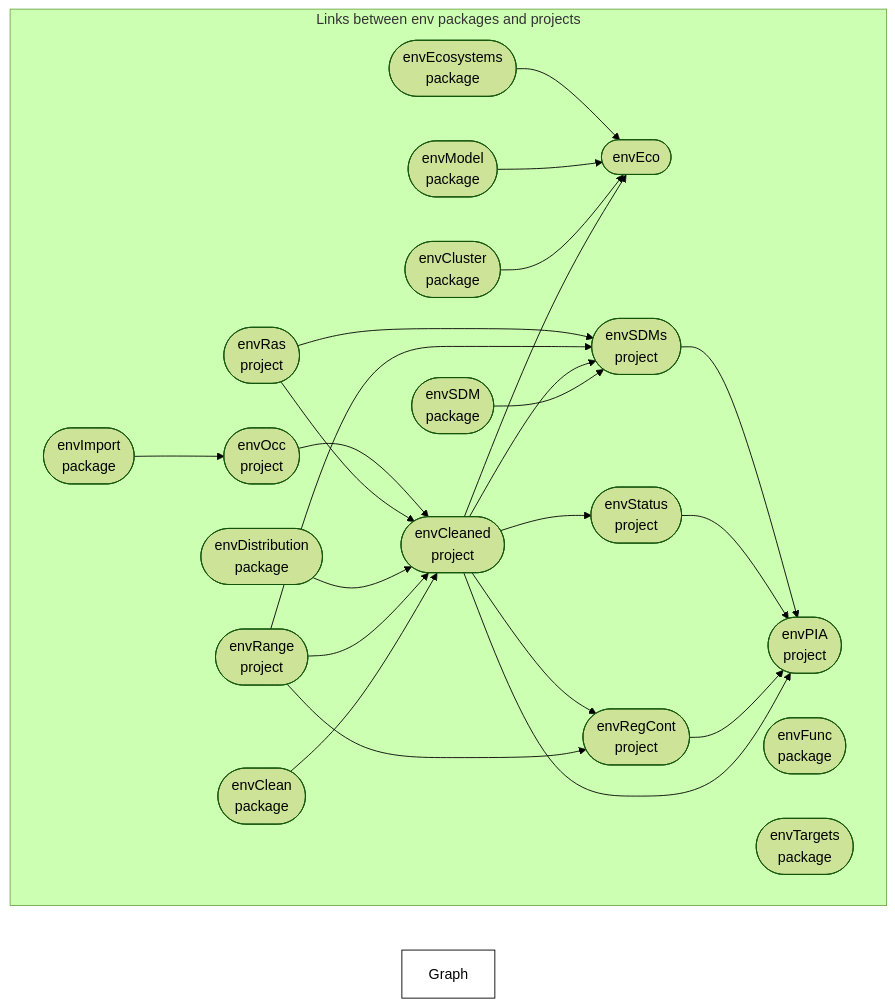
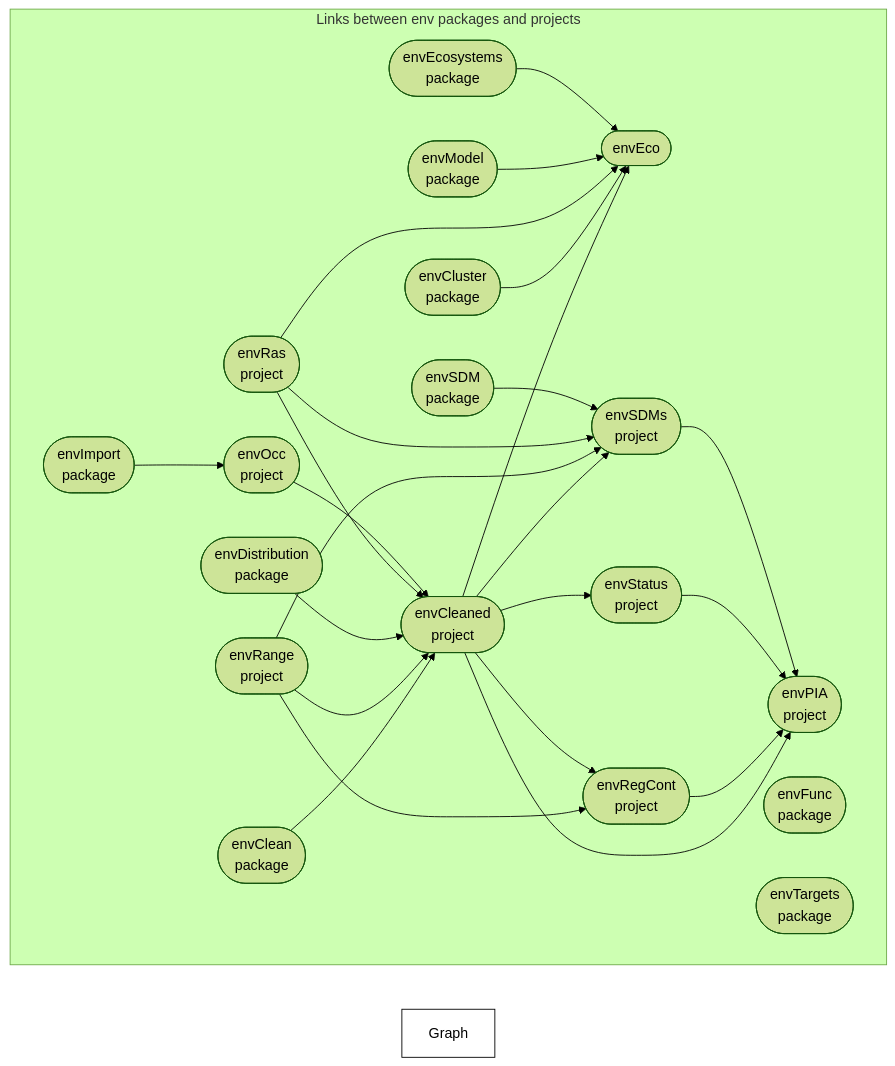
One commit to dew-landscapes/.github changed the diagram in profile/README.md. Above: the diagram before and after it, drawn with Mermaid (forest theme). The commit also changed other lines of this file and 1 other file, not shown here.

Commit message:
edit mermaid

````diff
--- a/profile/README.md
+++ b/profile/README.md
@@ -45,30 +45,31 @@
 ``` mermaid
 graph LR
   style Graph fill:#FFFFFF00,stroke:#000000;
   subgraph Links between env packages and projects
     direction LR
     x199e33ac94c360fd(["envClean<br>package"]):::queued --> x4e1f08a5bd05b882(["envCleaned<br>project"]):::queued
     x4f41d9ef8b70ed0e(["envRange<br>project"]):::queued --> x4e1f08a5bd05b882(["envCleaned<br>project"]):::queued
     xb53407deaf8a50f7(["envDistribution<br>package"]):::queued --> x4e1f08a5bd05b882(["envCleaned<br>project"]):::queued
     x67b5feaf09e4d0ca(["envRas<br>project"]):::queued --> x4e1f08a5bd05b882(["envCleaned<br>project"]):::queued
     x9d3addc2d3c28cb0(["envOcc<br>project"]):::queued --> x4e1f08a5bd05b882(["envCleaned<br>project"]):::queued
     x4e1f08a5bd05b882(["envCleaned<br>project"]):::queued --> xc70bb609a37b98f0(["envEco"]):::queued
     x9eca96d789260dc6(["envCluster<br>package"]):::queued --> xc70bb609a37b98f0(["envEco"]):::queued
+    x67b5feaf09e4d0ca(["envRas<br>project"]):::queued --> xc70bb609a37b98f0(["envEco"]):::queued
     x3c05f6553dd2ee1d(["envModel<br>package"]):::queued --> xc70bb609a37b98f0(["envEco"]):::queued
     x3c533c4f6ac5a427(["envEcosystems<br>package"]):::queued --> xc70bb609a37b98f0(["envEco"]):::queued
     xa419b1871c902a02(["envImport<br>package"]):::queued --> x9d3addc2d3c28cb0(["envOcc<br>project"]):::queued
     x4e1f08a5bd05b882(["envCleaned<br>project"]):::queued --> x2cb0f2dc918c8a98(["envPIA<br>project"]):::queued
     x5499a04bf3778295(["envRegCont<br>project"]):::queued --> x2cb0f2dc918c8a98(["envPIA<br>project"]):::queued
     xf290cd0a0c6ffe34(["envStatus<br>project"]):::queued --> x2cb0f2dc918c8a98(["envPIA<br>project"]):::queued
     xc1054dd4c63b18e0(["envSDMs<br>project"]):::queued --> x2cb0f2dc918c8a98(["envPIA<br>project"]):::queued
     x4f41d9ef8b70ed0e(["envRange<br>project"]):::queued --> x5499a04bf3778295(["envRegCont<br>project"]):::queued
     x4e1f08a5bd05b882(["envCleaned<br>project"]):::queued --> x5499a04bf3778295(["envRegCont<br>project"]):::queued
-    x07cddf360e9b199e(["envSDM<br>package"]):::queued --> xc1054dd4c63b18e0(["envSDMs<br>project"]):::queued
     x4e1f08a5bd05b882(["envCleaned<br>project"]):::queued --> xc1054dd4c63b18e0(["envSDMs<br>project"]):::queued
     x4f41d9ef8b70ed0e(["envRange<br>project"]):::queued --> xc1054dd4c63b18e0(["envSDMs<br>project"]):::queued
     x67b5feaf09e4d0ca(["envRas<br>project"]):::queued --> xc1054dd4c63b18e0(["envSDMs<br>project"]):::queued
+    x07cddf360e9b199e(["envSDM<br>package"]):::queued --> xc1054dd4c63b18e0(["envSDMs<br>project"]):::queued
     x4e1f08a5bd05b882(["envCleaned<br>project"]):::queued --> xf290cd0a0c6ffe34(["envStatus<br>project"]):::queued
     x6832f874a98057bb(["envFunc<br>package"]):::queued
     xb03046fba8fa1b84(["envTargets<br>package"]):::queued
   end
 ```
````
